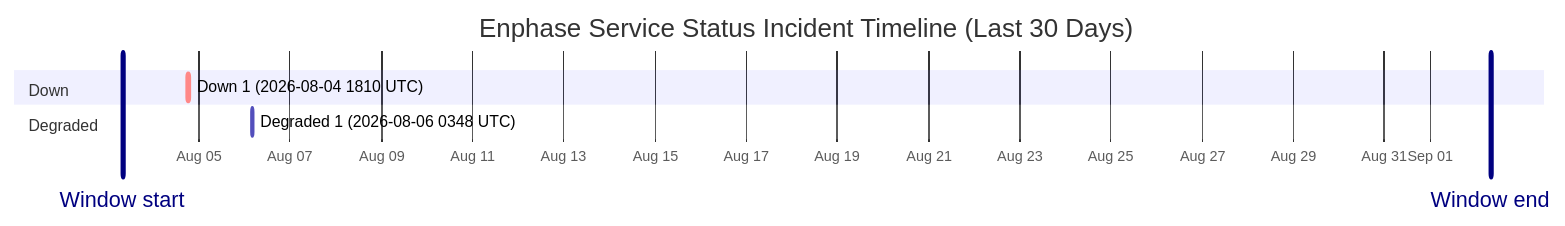
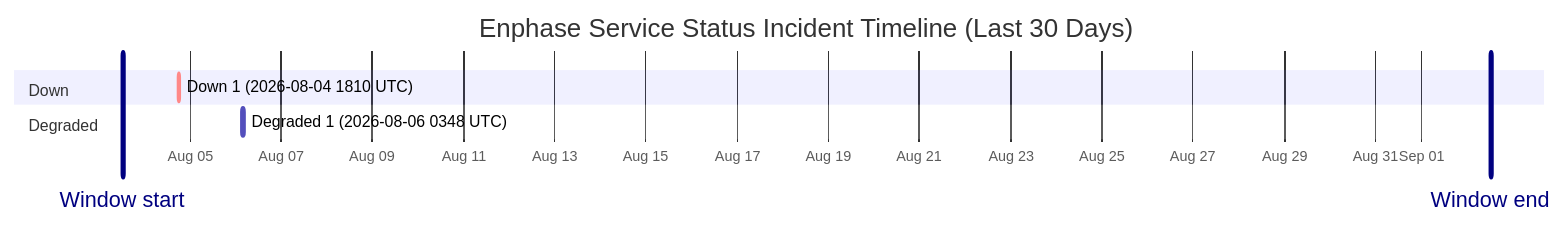
One commit to barneyonline/ha-enphase-energy changed the diagram in wiki/Service-Status-History.md. Above: the diagram before and after it, drawn with Mermaid. The commit also changed other lines of this file and 3 other files, not shown here.

````diff
--- a/wiki/Service-Status-History.md
+++ b/wiki/Service-Status-History.md
@@ -14,12 +14,12 @@
 ```mermaid
 gantt
     title Enphase Service Status Incident Timeline (Last 30 Days)
     dateFormat  YYYY-MM-DDTHH:mm:ss
     axisFormat  %b %d
-    Window start :vert, window-start, 2026-08-03T07:49:10, 0ms
-    Window end :vert, window-end, 2026-09-02T07:49:10, 0ms
+    Window start :vert, window-start, 2026-08-03T12:33:39, 0ms
+    Window end :vert, window-end, 2026-09-02T12:33:39, 0ms
     section Down
     Down 1 (2026-08-04 1810 UTC) :crit, down-1, 2026-08-04T18:10:46, 60m
     section Degraded
     Degraded 1 (2026-08-06 0348 UTC) :active, degraded-1, 2026-08-06T03:48:14, 60m
 ```
````
